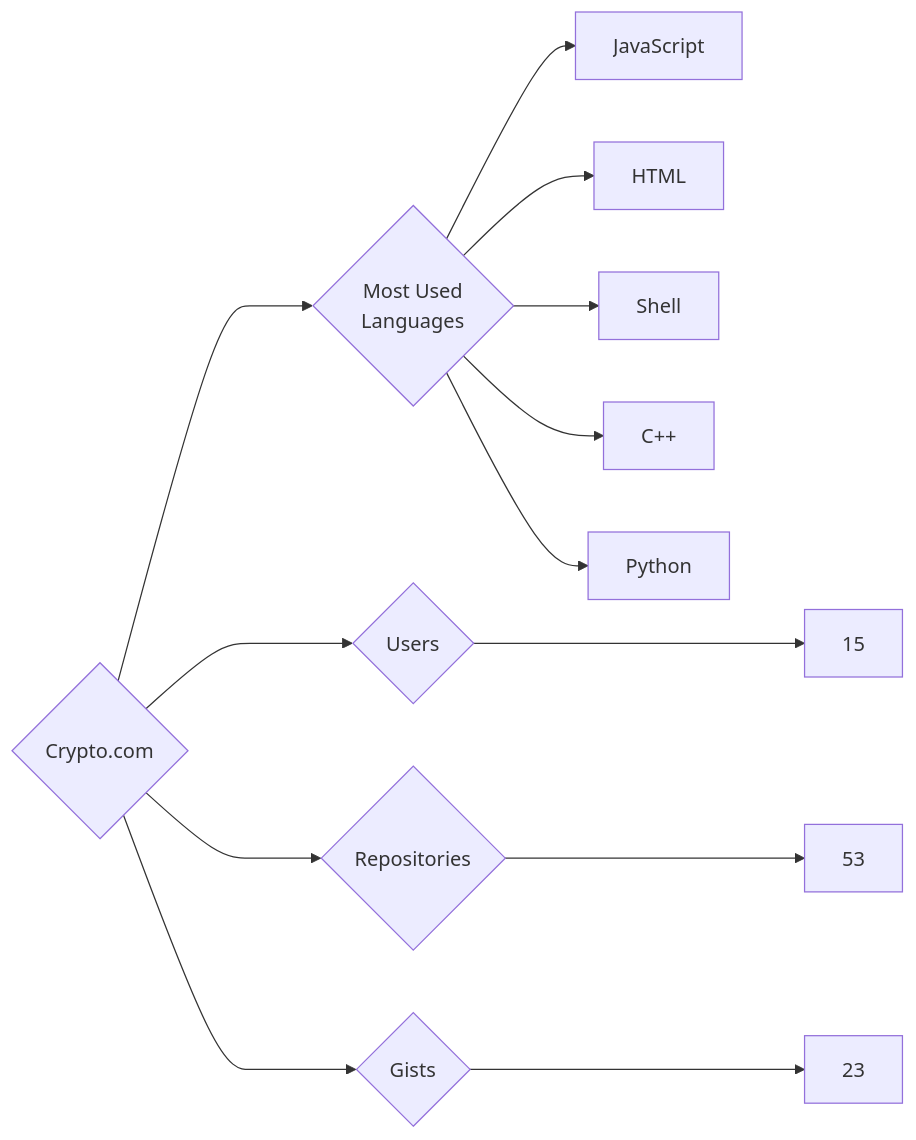
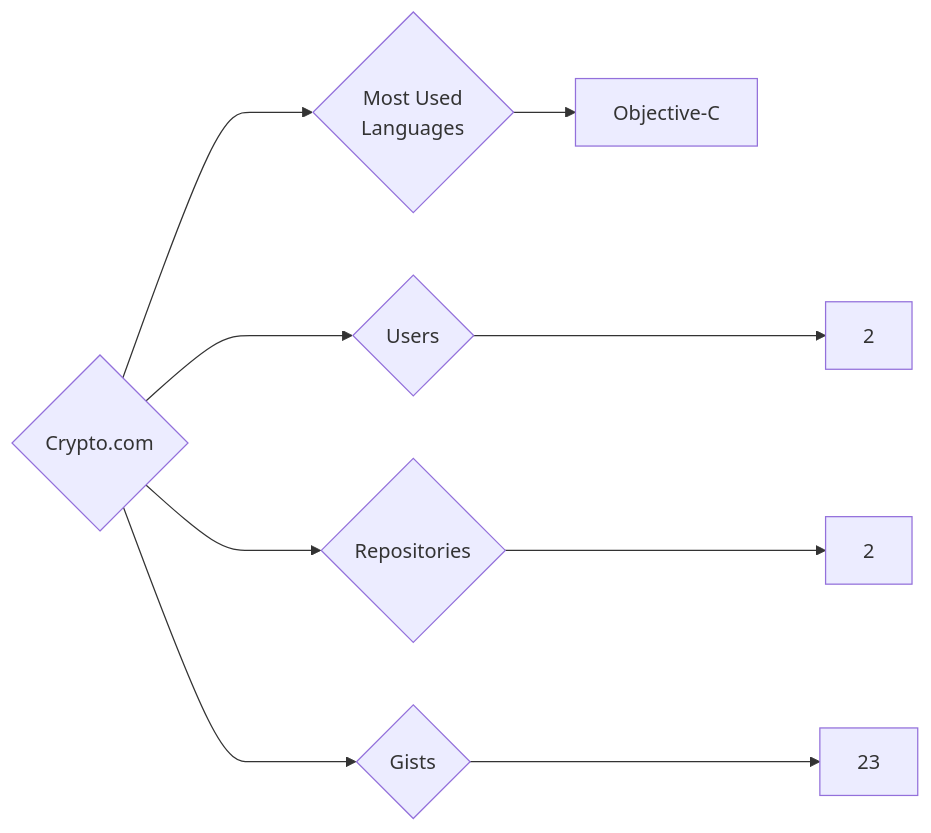
The diagram in targets/Crypto.com/README.md (trickest/insiders), drawn with Mermaid before and after one commit. The commit also changed 1195 other files, not shown here.

````diff
--- a/targets/Crypto.com/README.md
+++ b/targets/Crypto.com/README.md
@@ -3,13 +3,9 @@
 ```mermaid
 graph LR
 COMPANY_NAME{Crypto.com}
-COMPANY_NAME ---> U{Users} ---> UN[15]
-COMPANY_NAME ---> R{Repositories} ---> RN[53]
+COMPANY_NAME ---> U{Users} ---> UN[2]
+COMPANY_NAME ---> R{Repositories} ---> RN[2]
 COMPANY_NAME ---> G{Gists} ---> GN[23]
 COMPANY_NAME ---> ML{Most Used<br>Languages}
-ML --> JavaScript[JavaScript]
-ML --> HTML[HTML]
-ML --> Shell[Shell]
-ML --> C++[C++]
-ML --> Python[Python]
+ML --> Objective-C[Objective-C]
 ```
````
